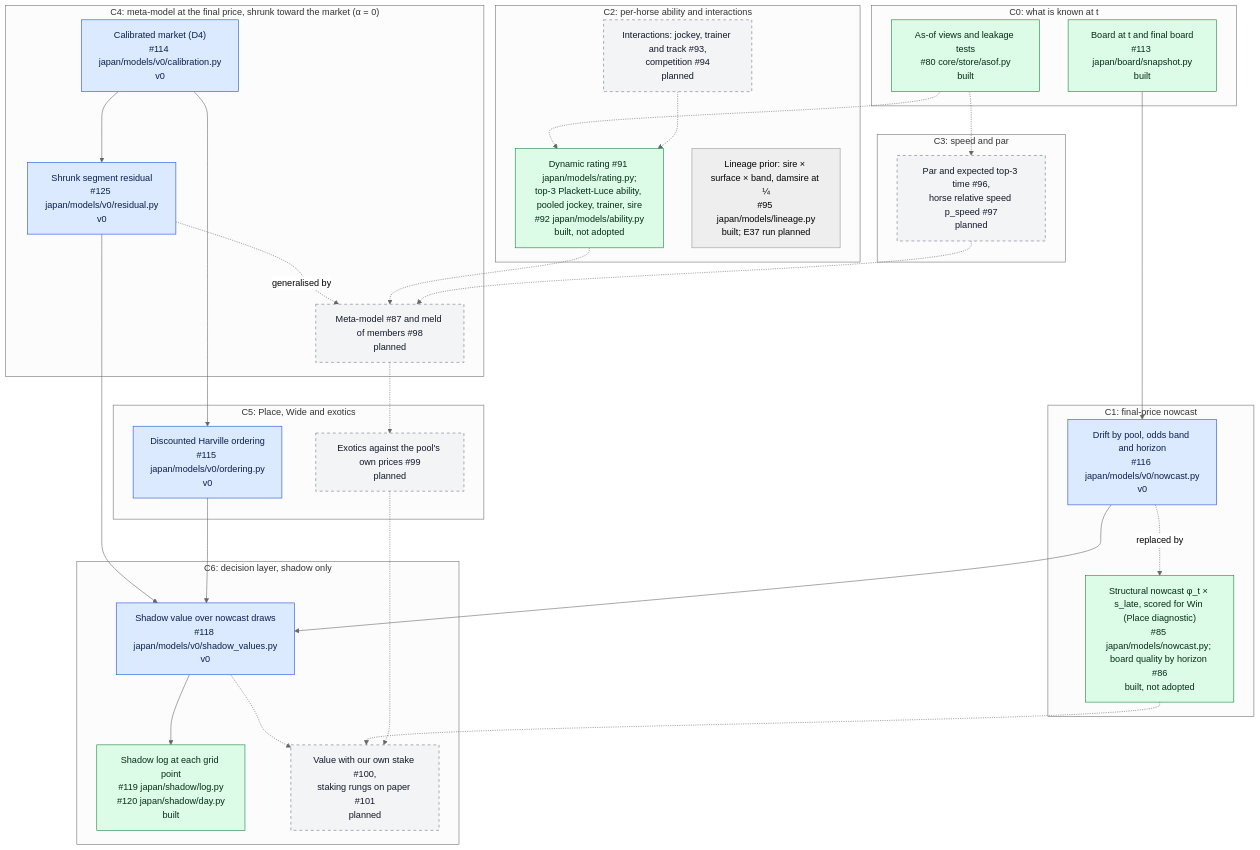
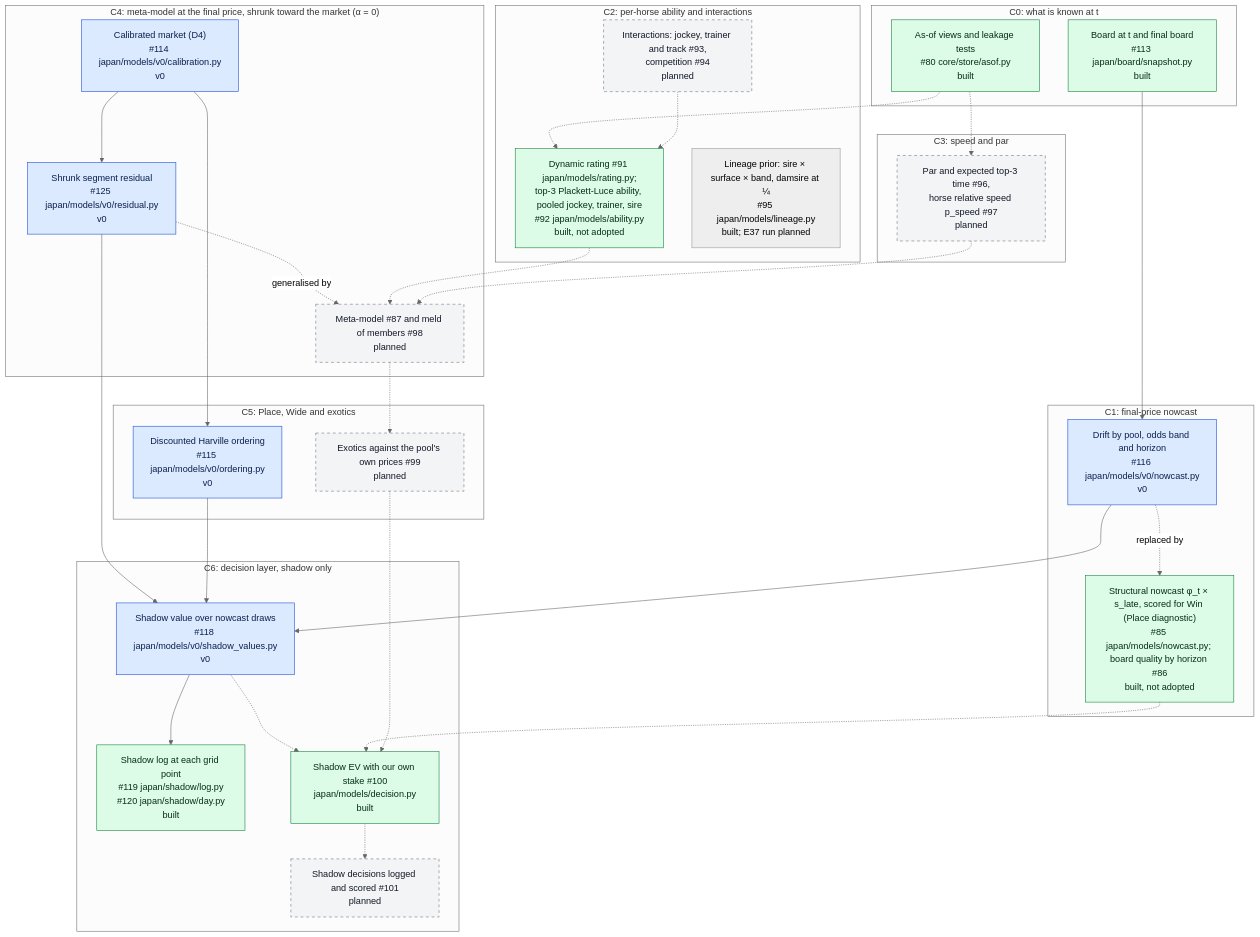
Before and after one commit to rjeskuri/HorseTrackBetting: the second of 6 diagrams in docs/modeling.md, drawn with Mermaid (neutral theme). The commit also changed 5 other files, not shown here.

First line of the commit message:
Compute shadow EV over nowcast draws with our own stake (C6) (#100) (#599)

````diff
--- a/docs/modeling.md
+++ b/docs/modeling.md
@@ -71,58 +71,60 @@
 ```mermaid
 flowchart TB
     subgraph L0["C0: what is known at t"]
         ASOF["As-of views and leakage tests<br/>#80 core/store/asof.py<br/>built"]
         BOARD["Board at t and final board<br/>#113 japan/board/snapshot.py<br/>built"]
     end
     subgraph L1["C1: final-price nowcast"]
         NC0["Drift by pool, odds band and horizon<br/>#116 japan/models/v0/nowcast.py<br/>v0"]
         NC1["Structural nowcast φ_t × s_late, scored for Win (Place diagnostic)<br/>#85 japan/models/nowcast.py; board quality by horizon #86<br/>built, not adopted"]
     end
     subgraph L2["C2: per-horse ability and interactions"]
         ABIL["Dynamic rating #91 japan/models/rating.py;<br/>top-3 Plackett-Luce ability, pooled jockey, trainer, sire<br/>#92 japan/models/ability.py<br/>built, not adopted"]
         INTR["Interactions: jockey, trainer and track #93,<br/>competition #94<br/>planned"]
         LIN["Lineage prior: sire × surface × band, damsire at ¼<br/>#95 japan/models/lineage.py<br/>built; E37 run planned"]
     end
     subgraph L3["C3: speed and par"]
         SPEED["Par and expected top-3 time #96,<br/>horse relative speed p_speed #97<br/>planned"]
     end
     subgraph L4["C4: meta-model at the final price, shrunk toward the market (α = 0)"]
         CAL["Calibrated market (D4)<br/>#114 japan/models/v0/calibration.py<br/>v0"]
         RES["Shrunk segment residual<br/>#125 japan/models/v0/residual.py<br/>v0"]
         META["Meta-model #87 and meld of members #98<br/>planned"]
     end
     subgraph L5["C5: Place, Wide and exotics"]
         ORD["Discounted Harville ordering<br/>#115 japan/models/v0/ordering.py<br/>v0"]
         EXO["Exotics against the pool's own prices #99<br/>planned"]
     end
     subgraph L6["C6: decision layer, shadow only"]
         SV["Shadow value over nowcast draws<br/>#118 japan/models/v0/shadow_values.py<br/>v0"]
         SLOG["Shadow log at each grid point<br/>#119 japan/shadow/log.py<br/>#120 japan/shadow/day.py<br/>built"]
-        STAKE["Value with our own stake #100,<br/>staking rungs on paper #101<br/>planned"]
+        STAKE["Shadow EV with our own stake #100<br/>japan/models/decision.py<br/>built"]
+        SDEC["Shadow decisions logged and scored #101<br/>planned"]
     end
     BOARD --> NC0
     NC0 -.->|"replaced by"| NC1
     ASOF -.-> ABIL
     INTR -.-> ABIL
     ASOF -.-> SPEED
     CAL --> RES
     CAL --> ORD
     RES -.->|"generalised by"| META
     ABIL -.-> META
     SPEED -.-> META
     META -.-> EXO
     RES --> SV
     ORD --> SV
     NC0 --> SV
     SV --> SLOG
     SV -.-> STAKE
     NC1 -.-> STAKE
     EXO -.-> STAKE
+    STAKE -.-> SDEC
 
     classDef v0 fill:#dbeafe,stroke:#1d4ed8,color:#0b1f4d
     classDef built fill:#dcfce7,stroke:#15803d,color:#052e16
     classDef planned fill:#f3f4f6,stroke:#6b7280,stroke-dasharray: 5 5,color:#111827
     class NC0,CAL,RES,ORD,SV v0
-    class ASOF,BOARD,SLOG,NC1,ABIL built
-    class INTR,SPEED,META,EXO,STAKE planned
+    class ASOF,BOARD,SLOG,NC1,ABIL,STAKE built
+    class INTR,SPEED,META,EXO,SDEC planned
 ```
````
